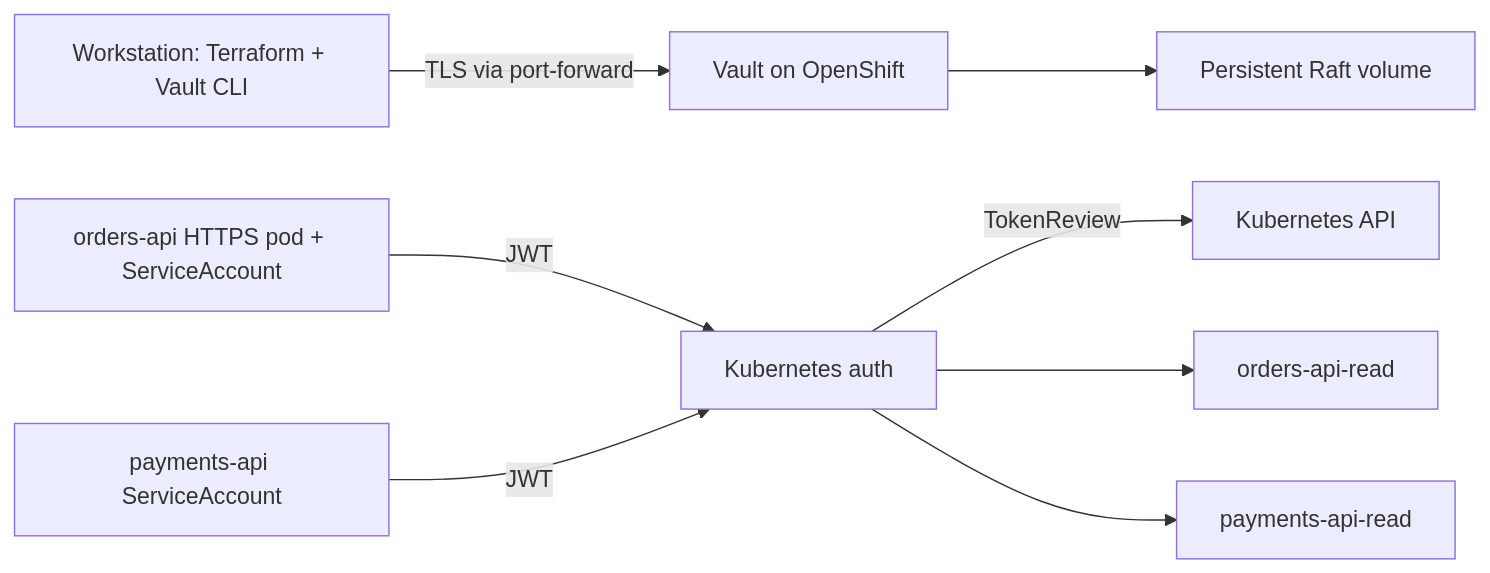
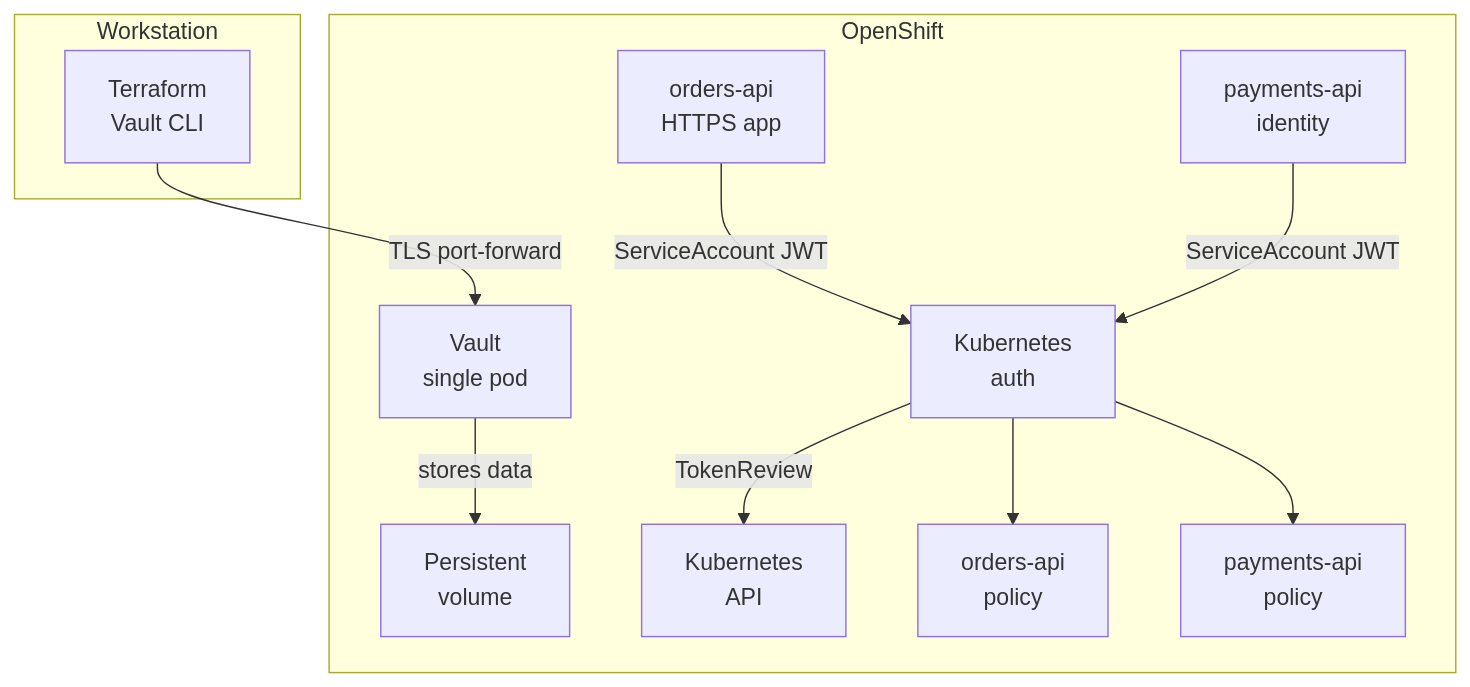
Before and after one commit to isakpet-irori/hashicorp-vault-lab: the diagram in OPENSHIFT_KUBERNETES_AUTH.md, drawn with Mermaid.

Commit message:
Update diagram

````diff
--- a/OPENSHIFT_KUBERNETES_AUTH.md
+++ b/OPENSHIFT_KUBERNETES_AUTH.md
@@ -12,10 +12,25 @@
 ```mermaid
-flowchart LR
-    Client["Workstation: Terraform + Vault CLI"] -->|"TLS via port-forward"| Vault["Vault on OpenShift"]
-    Vault --> Raft["Persistent Raft volume"]
-    Orders["orders-api HTTPS pod + ServiceAccount"] -->|"JWT"| Auth["Kubernetes auth"]
-    Payments["payments-api ServiceAccount"] -->|"JWT"| Auth
-    Auth -->|"TokenReview"| API["Kubernetes API"]
-    Auth --> OrdersPolicy["orders-api-read"]
-    Auth --> PaymentsPolicy["payments-api-read"]
+flowchart TB
+    subgraph Workstation
+        Client["Terraform<br/>Vault CLI"]
+    end
+
+    subgraph OpenShift
+        Vault["Vault<br/>single pod"]
+        Raft["Persistent<br/>volume"]
+        Orders["orders-api<br/>HTTPS app"]
+        Payments["payments-api<br/>identity"]
+        Auth["Kubernetes<br/>auth"]
+        API["Kubernetes<br/>API"]
+        OrdersPolicy["orders-api<br/>policy"]
+        PaymentsPolicy["payments-api<br/>policy"]
+    end
+
+    Client -->|"TLS port-forward"| Vault
+    Vault -->|"stores data"| Raft
+    Orders -->|"ServiceAccount JWT"| Auth
+    Payments -->|"ServiceAccount JWT"| Auth
+    Auth -->|"TokenReview"| API
+    Auth --> OrdersPolicy
+    Auth --> PaymentsPolicy
 ```
````
